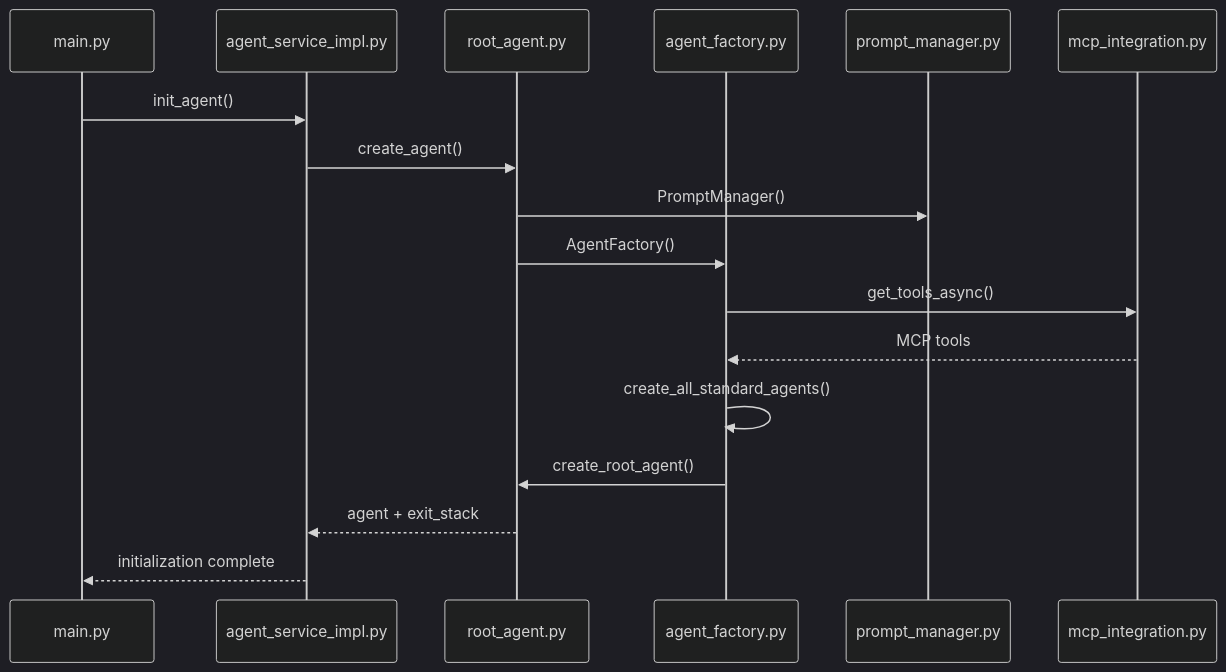
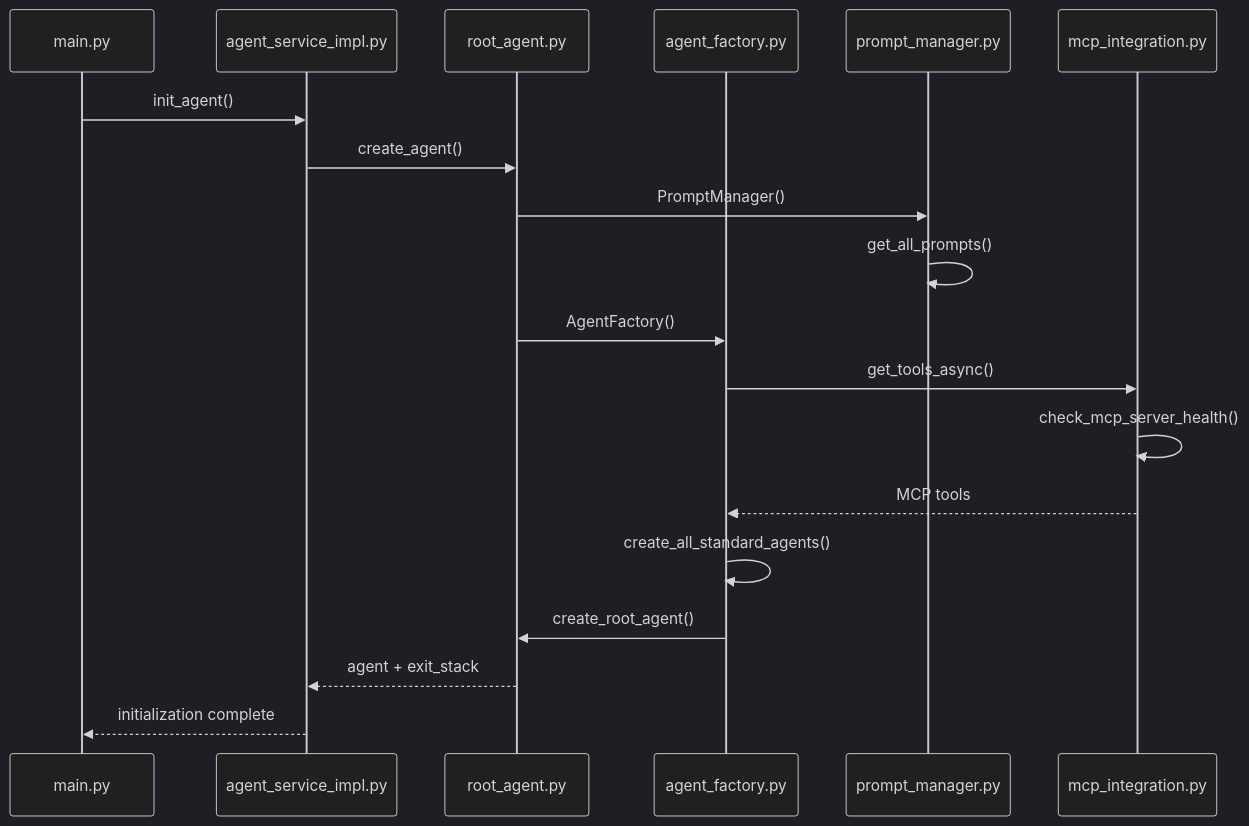
One commit to MokonaSato/line-multi-agent-sample changed the third of 6 diagrams in docs/function_call_flow.md. Above: the diagram before and after it, drawn with Mermaid (dark theme). The commit also changed other lines of this file and 18 other files, not shown here.

````diff
--- a/docs/function_call_flow.md
+++ b/docs/function_call_flow.md
@@ -160,20 +178,22 @@
 ```mermaid
 sequenceDiagram
     participant Main as main.py
     participant Service as agent_service_impl.py
     participant Root as root_agent.py
     participant Factory as agent_factory.py
     participant PromptMgr as prompt_manager.py
     participant MCP as mcp_integration.py
 
     Main->>Service: init_agent()
     Service->>Root: create_agent()
     Root->>PromptMgr: PromptManager()
+    PromptMgr->>PromptMgr: get_all_prompts()
     Root->>Factory: AgentFactory()
     Factory->>MCP: get_tools_async()
+    MCP->>MCP: check_mcp_server_health()
     MCP-->>Factory: MCP tools
     Factory->>Factory: create_all_standard_agents()
     Factory->>Root: create_root_agent()
     Root-->>Service: agent + exit_stack
     Service-->>Main: initialization complete
 ```
````
